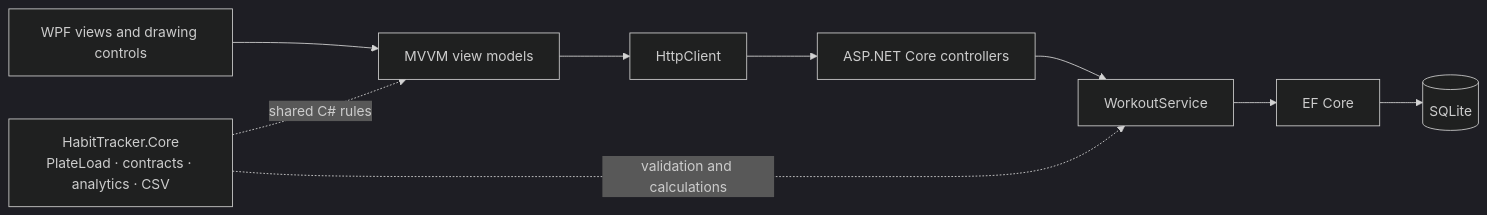
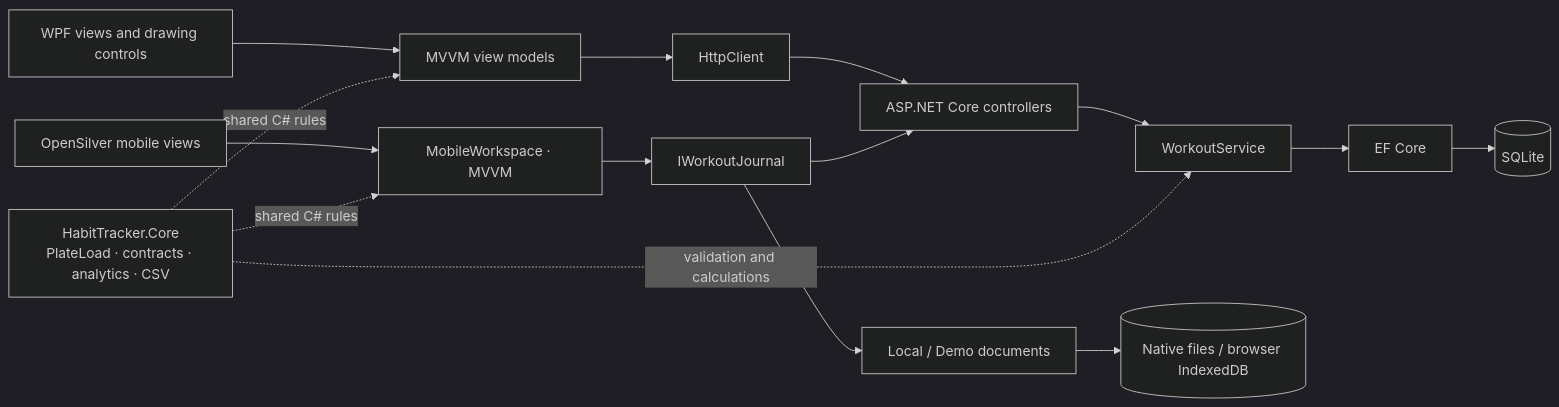
One commit to jayhuangsci/HabitTracker changed the first of 2 diagrams in README.md. Above: the diagram before and after it, drawn with Mermaid (dark theme). The commit also changed other lines of this file and 9 other files, not shown here.

````diff
--- a/README.md
+++ b/README.md
@@ -83,11 +102,17 @@
 ```mermaid
 flowchart LR
     View[WPF views and drawing controls] --> VM[MVVM view models]
     VM --> Client[HttpClient]
     Client --> API[ASP.NET Core controllers]
     API --> Service[WorkoutService]
     Service --> EF[EF Core]
     EF --> DB[(SQLite)]
-    Core[HabitTracker.Core\nPlateLoad · contracts · analytics · CSV] -. shared C# rules .-> VM
+    Mobile[OpenSilver mobile views] --> MobileVM[MobileWorkspace · MVVM]
+    MobileVM --> Journal[IWorkoutJournal]
+    Journal --> Local[Local / Demo documents]
+    Journal --> API
+    Local --> Device[(Native files / browser IndexedDB)]
+    Core["HabitTracker.Core<br/>PlateLoad · contracts · analytics · CSV"] -. shared C# rules .-> VM
+    Core -. shared C# rules .-> MobileVM
     Core -. validation and calculations .-> Service
 ```
````
